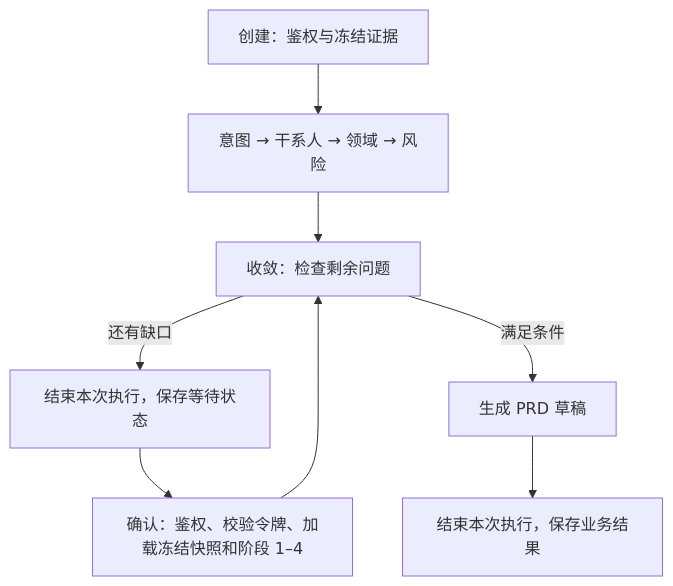
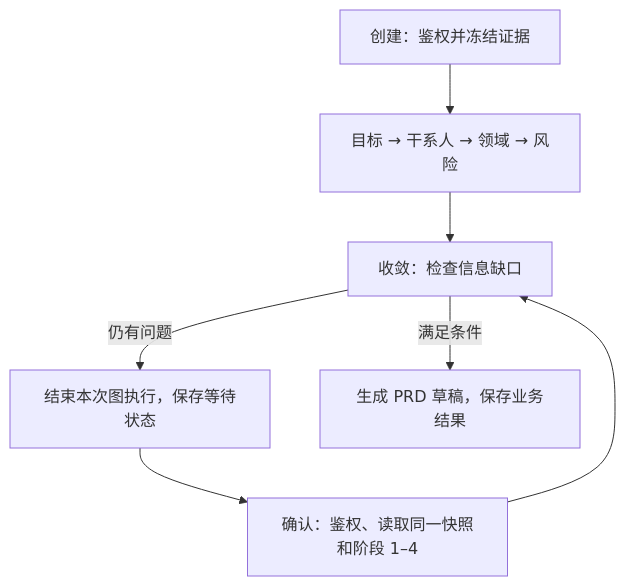
Before and after one commit to Victorica123/enterprise-insight-platform: the diagram in knowledge/decisions/0020-langgraph-application-report.md, drawn with Mermaid. The commit also changed other lines of this file and 20 other files, not shown here.

````diff
--- a/knowledge/decisions/0020-langgraph-application-report.md
+++ b/knowledge/decisions/0020-langgraph-application-report.md
@@ -62,10 +39,9 @@
 ```mermaid
 flowchart TD
-    A[创建：鉴权与冻结证据] --> B[意图 → 干系人 → 领域 → 风险]
-    B --> C[收敛：检查剩余问题]
-    C -->|还有缺口| D[结束本次执行，保存等待状态]
-    D --> E[确认：鉴权、校验令牌、加载冻结快照和阶段 1–4]
+    A[创建：鉴权并冻结证据] --> B[目标 → 干系人 → 领域 → 风险]
+    B --> C[收敛：检查信息缺口]
+    C -->|仍有问题| D[结束本次图执行，保存等待状态]
+    D --> E[确认：鉴权、读取同一快照和阶段 1–4]
     E --> C
-    C -->|满足条件| F[生成 PRD 草稿]
-    F --> G[结束本次执行，保存业务结果]
+    C -->|满足条件| F[生成 PRD 草稿，保存业务结果]
 ```
````
